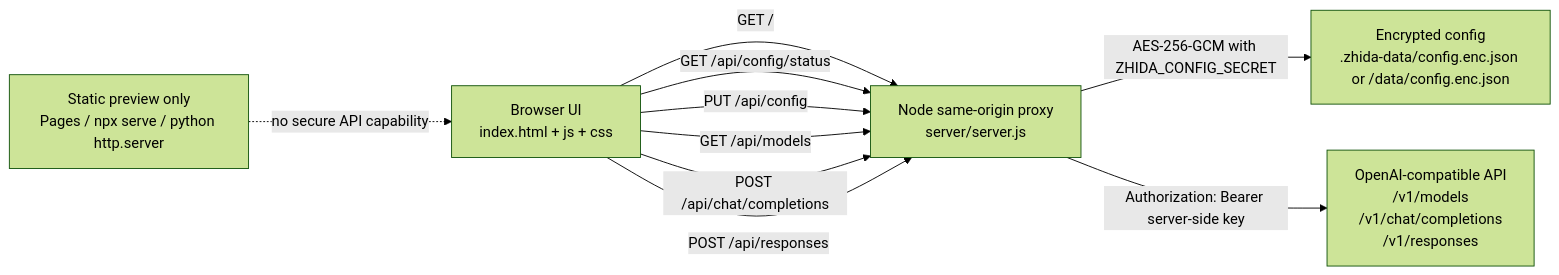
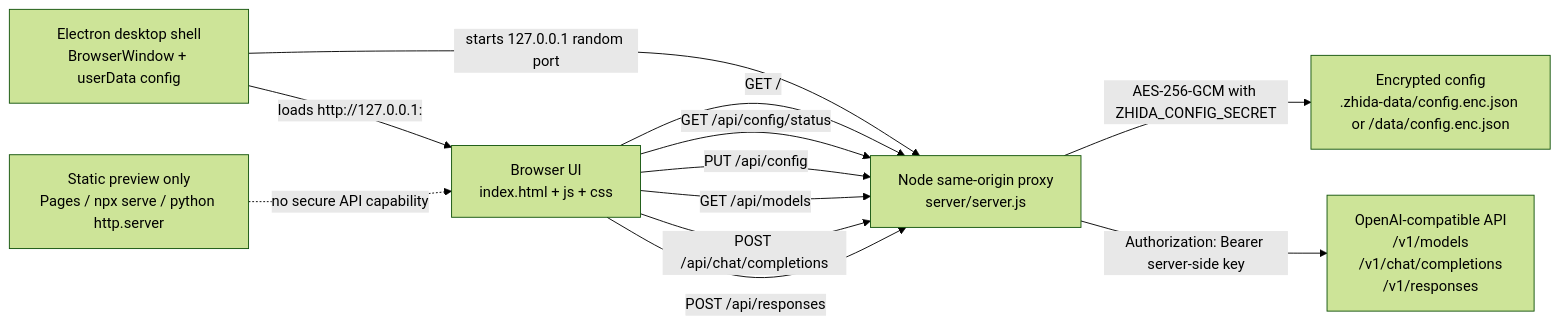
The diagram in README.md (ShuaiShuai03/zhida-ai), drawn with Mermaid (forest theme) before and after one commit. The commit also changed other lines of this file and 13 other files, not shown here.

First line of the commit message:
feat: add Windows desktop shell

````diff
--- a/README.md
+++ b/README.md
@@ -155,18 +195,21 @@
 ```mermaid
 flowchart LR
   Browser["Browser UI<br/>index.html + js + css"]
+  Desktop["Electron desktop shell<br/>BrowserWindow + userData config"]
   Proxy["Node same-origin proxy<br/>server/server.js"]
   Config["Encrypted config<br/>.zhida-data/config.enc.json or /data/config.enc.json"]
   Upstream["OpenAI-compatible API<br/>/v1/models<br/>/v1/chat/completions<br/>/v1/responses"]
   Static["Static preview only<br/>Pages / npx serve / python http.server"]
 
+  Desktop -->|starts 127.0.0.1 random port| Proxy
+  Desktop -->|loads http://127.0.0.1:<port>| Browser
   Browser -->|GET /| Proxy
   Browser -->|GET /api/config/status| Proxy
   Browser -->|PUT /api/config| Proxy
   Proxy -->|AES-256-GCM with ZHIDA_CONFIG_SECRET| Config
   Browser -->|GET /api/models| Proxy
   Browser -->|POST /api/chat/completions| Proxy
   Browser -->|POST /api/responses| Proxy
   Proxy -->|Authorization: Bearer server-side key| Upstream
   Static -. no secure API capability .-> Browser
 ```
````
